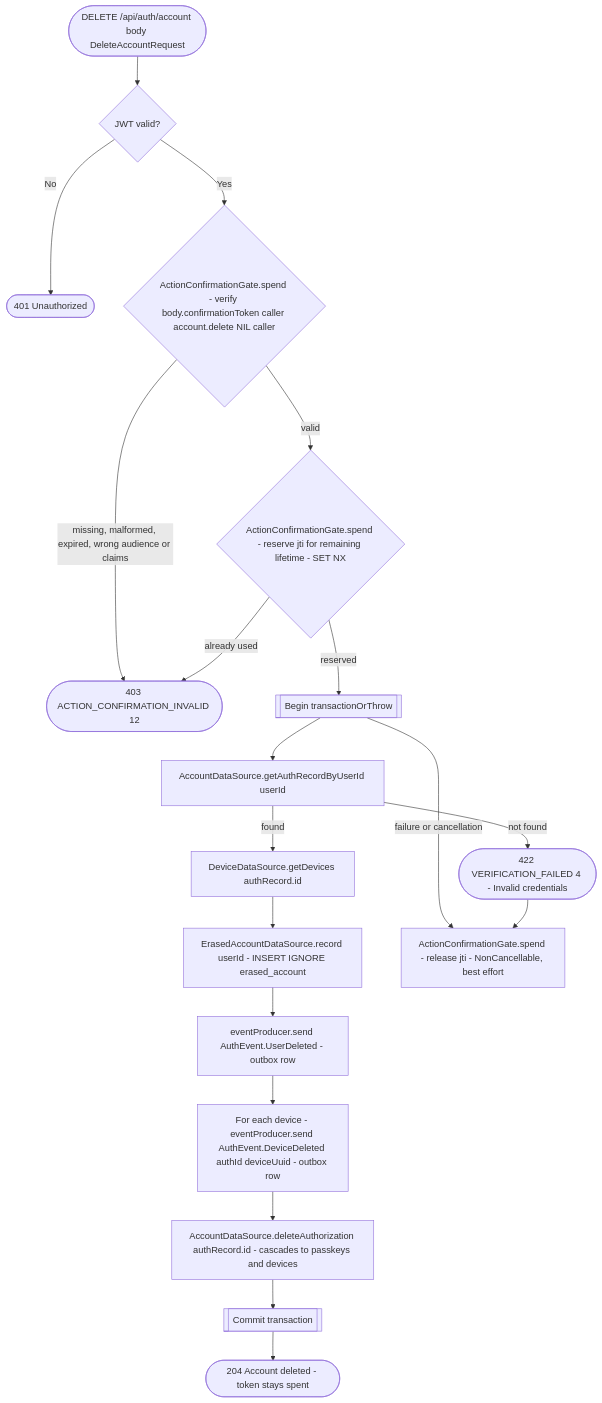
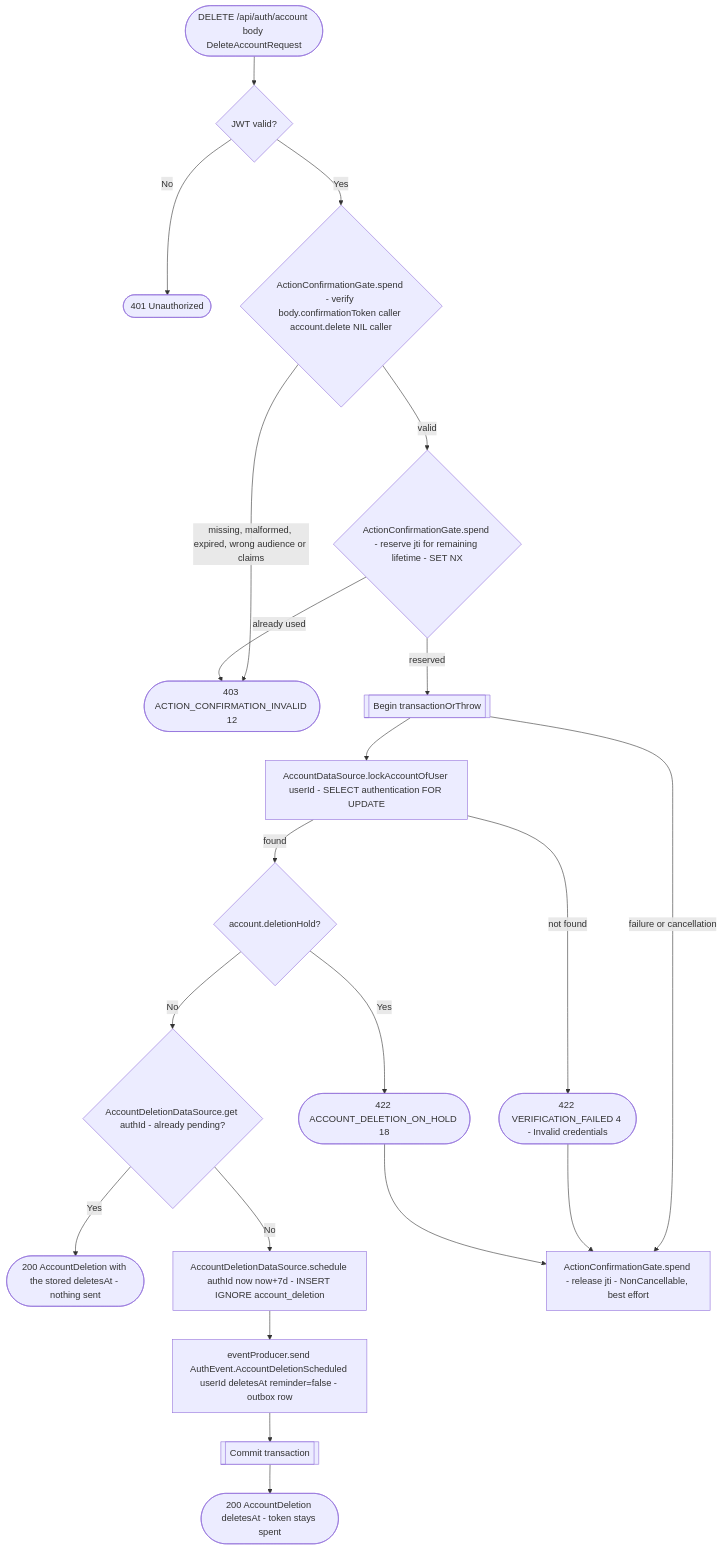
The diagram in docs/operations/authorization/delete-account.md (nocturneproperties/bookkme), drawn with Mermaid before and after one commit. The commit also changed other lines of this file and 67 other files, not shown here.

Commit message:
[ISSUE-208] add grace period for account deletion

````diff
--- a/docs/operations/authorization/delete-account.md
+++ b/docs/operations/authorization/delete-account.md
@@ -31,21 +57,23 @@
 ```mermaid
 flowchart TD
     Start([DELETE /api/auth/account body DeleteAccountRequest]) --> Auth{JWT valid?}
     Auth -- No --> R401([401 Unauthorized])
     Auth -- Yes --> ActionConfirmation{"ActionConfirmationGate.spend - verify body.confirmationToken caller account.delete NIL caller"}
     ActionConfirmation -- missing, malformed, expired, wrong audience or claims --> R403([403 ACTION_CONFIRMATION_INVALID 12])
     ActionConfirmation -- valid --> Reserve{"ActionConfirmationGate.spend - reserve jti for remaining lifetime - SET NX"}
     Reserve -- already used --> R403
     Reserve -- reserved --> Tx[[Begin transactionOrThrow]]
-    Tx --> GetAuth[AccountDataSource.getAuthRecordByUserId userId]
-    GetAuth -- not found --> R422([422 VERIFICATION_FAILED 4 - Invalid credentials])
-    GetAuth -- found --> GetDevices[DeviceDataSource.getDevices authRecord.id]
-    GetDevices --> Record["ErasedAccountDataSource.record userId - INSERT IGNORE erased_account"]
-    Record --> UserDeletedEvt["eventProducer.send AuthEvent.UserDeleted - outbox row"]
-    UserDeletedEvt --> DeviceLoop["For each device - eventProducer.send AuthEvent.DeviceDeleted authId deviceUuid - outbox row"]
-    DeviceLoop --> DeleteAuth["AccountDataSource.deleteAuthorization authRecord.id - cascades to passkeys and devices"]
-    DeleteAuth --> Commit[[Commit transaction]]
-    Commit --> R204([204 Account deleted - token stays spent])
+    Tx --> Lock["AccountDataSource.lockAccountOfUser userId - SELECT authentication FOR UPDATE"]
+    Lock -- not found --> R422([422 VERIFICATION_FAILED 4 - Invalid credentials])
+    Lock -- found --> Hold{"account.deletionHold?"}
+    Hold -- Yes --> R422Hold([422 ACCOUNT_DELETION_ON_HOLD 18])
+    Hold -- No --> Pending{"AccountDeletionDataSource.get authId - already pending?"}
+    Pending -- Yes --> Same([200 AccountDeletion with the stored deletesAt - nothing sent])
+    Pending -- No --> Schedule["AccountDeletionDataSource.schedule authId now now+7d - INSERT IGNORE account_deletion"]
+    Schedule --> Evt["eventProducer.send AuthEvent.AccountDeletionScheduled userId deletesAt reminder=false - outbox row"]
+    Evt --> Commit[[Commit transaction]]
+    Commit --> R200([200 AccountDeletion deletesAt - token stays spent])
     Tx -- failure or cancellation --> Release["ActionConfirmationGate.spend - release jti - NonCancellable, best effort"]
     R422 --> Release
+    R422Hold --> Release
 ```
````
